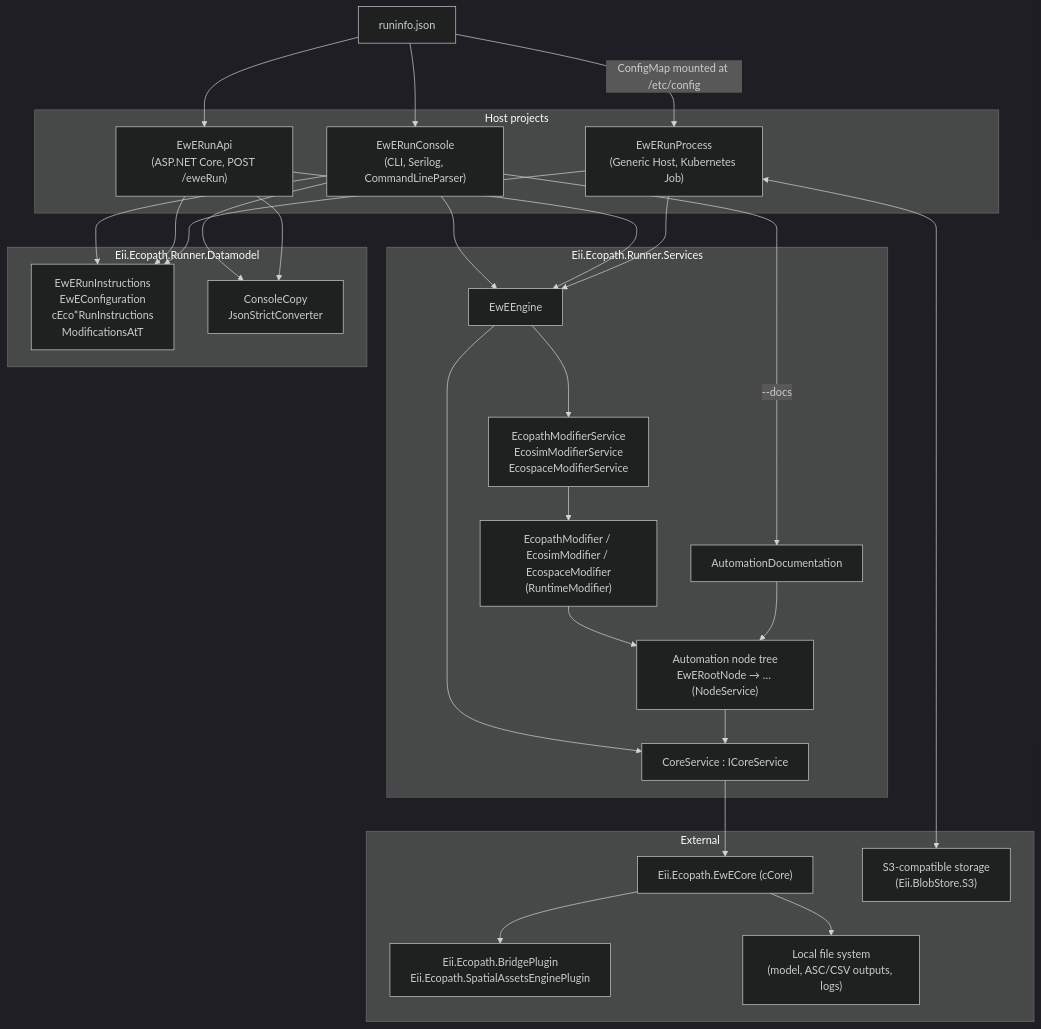
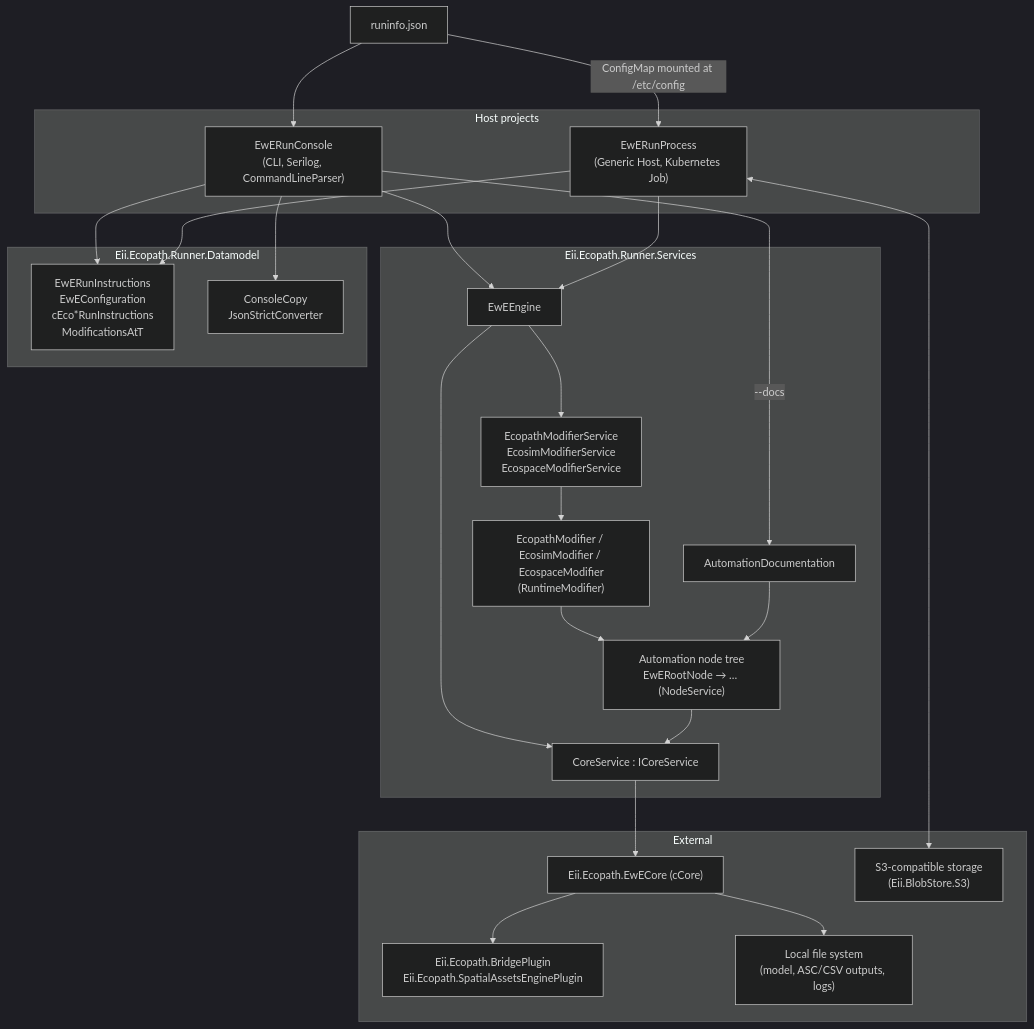
One commit to Official-EwE/Eii.Ecopath.Runner changed the first of 6 diagrams in Eii.Ecopath.Runner_architecture.md. Above: the diagram before and after it, drawn with Mermaid (dark theme). The commit also changed other lines of this file and 16 other files, not shown here.

````diff
--- a/Eii.Ecopath.Runner_architecture.md
+++ b/Eii.Ecopath.Runner_architecture.md
@@ -77,54 +76,49 @@
 ```mermaid
 flowchart TD
     subgraph Hosts["Host projects"]
         CLI["EwERunConsole<br/>(CLI, Serilog, CommandLineParser)"]
-        API["EwERunApi<br/>(ASP.NET Core, POST /eweRun)"]
         RP["EwERunProcess<br/>(Generic Host, Kubernetes Job)"]
     end
 
     subgraph Services["Eii.Ecopath.Runner.Services"]
         ENG["EwEEngine"]
         CS["CoreService : ICoreService"]
         MODS["EcopathModifierService<br/>EcosimModifierService<br/>EcospaceModifierService"]
         RM["EcopathModifier / EcosimModifier / EcospaceModifier<br/>(RuntimeModifier)"]
         NODES["Automation node tree<br/>EwERootNode → … (NodeService)"]
         DOCS["AutomationDocumentation"]
     end
 
     subgraph Datamodel["Eii.Ecopath.Runner.Datamodel"]
         DM["EwERunInstructions<br/>EwEConfiguration<br/>cEco*RunInstructions<br/>ModificationsAtT"]
         UTIL["ConsoleCopy<br/>JsonStrictConverter"]
     end
 
     subgraph External["External"]
         CORE["Eii.Ecopath.EwECore (cCore)"]
         PLUG["Eii.Ecopath.BridgePlugin<br/>Eii.Ecopath.SpatialAssetsEnginePlugin"]
         S3["S3-compatible storage<br/>(Eii.BlobStore.S3)"]
         FS["Local file system<br/>(model, ASC/CSV outputs, logs)"]
     end
 
     JSON["runinfo.json"] --> CLI
-    JSON --> API
     JSON -->|"ConfigMap mounted at /etc/config"| RP
 
     CLI --> ENG
-    API --> ENG
     RP --> ENG
     CLI --> DM
-    API --> DM
     RP --> DM
     CLI --> UTIL
-    API --> UTIL
 
     ENG --> CS
     ENG --> MODS
     MODS --> RM
     RM --> NODES
     NODES --> CS
     CS --> CORE
     CORE --> PLUG
     CORE --> FS
     RP <--> S3
     DOCS --> NODES
     CLI -->|"--docs"| DOCS
 ```
````
